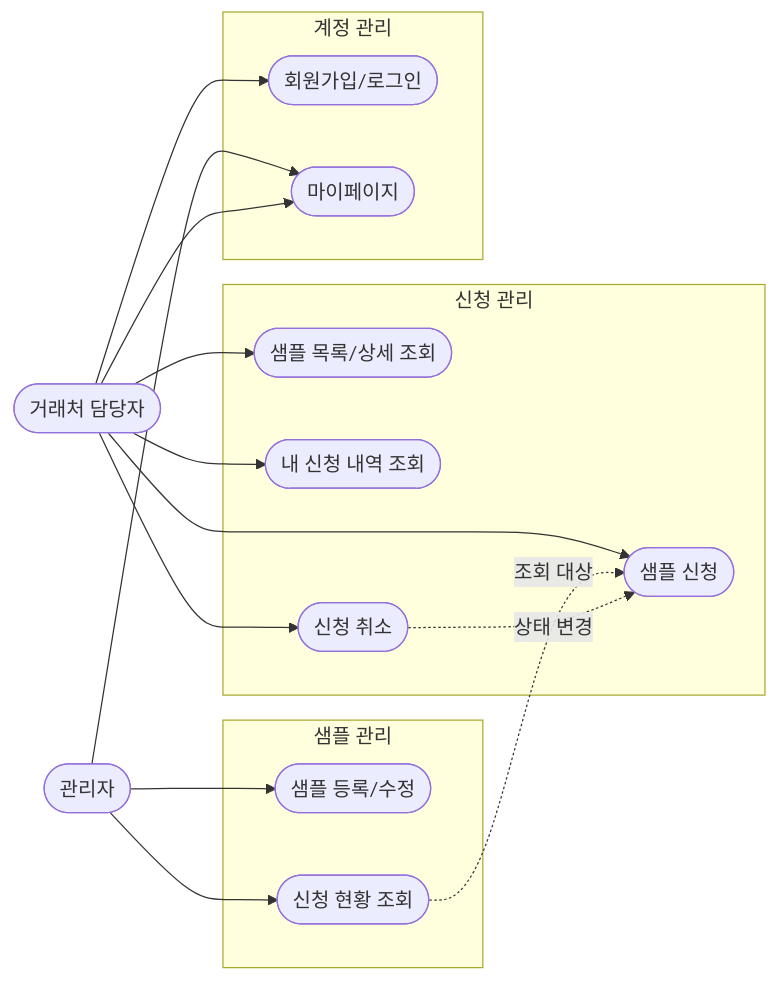
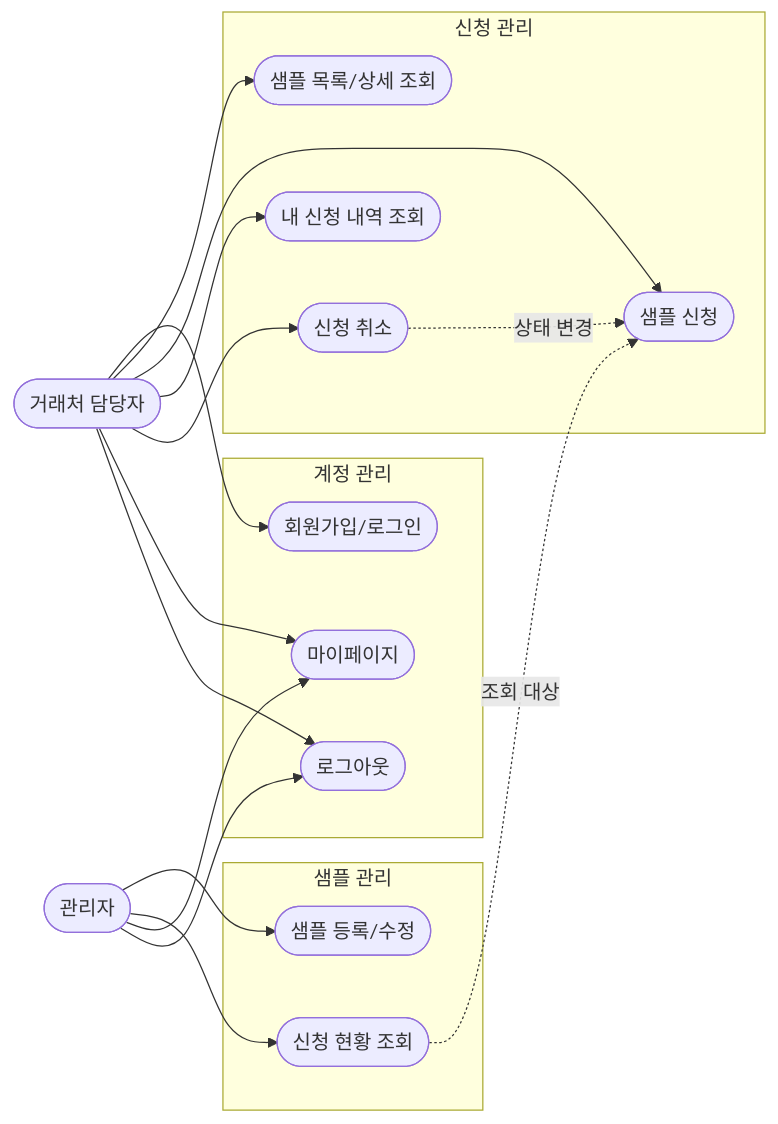
One commit to tyut0823/b2b-promo changed the diagram in docs/2-usecase.md. Above: the diagram before and after it, drawn with Mermaid. The commit also changed other lines of this file and 8 other files, not shown here.

````diff
--- a/docs/2-usecase.md
+++ b/docs/2-usecase.md
@@ -11,36 +12,39 @@
 ```mermaid
 flowchart LR
     Admin(["관리자"])
     Buyer(["거래처 담당자"])
 
     subgraph Sample["샘플 관리"]
         UC1(["샘플 등록/수정"])
         UC2(["신청 현황 조회"])
     end
 
     subgraph Application["신청 관리"]
         UC4(["샘플 목록/상세 조회"])
         UC5(["샘플 신청"])
         UC6(["내 신청 내역 조회"])
         UC7(["신청 취소"])
     end
 
     subgraph User["계정 관리"]
         UC3(["회원가입/로그인"])
         UC8(["마이페이지"])
+        UC9(["로그아웃"])
     end
 
     Admin --> UC1
     Admin --> UC2
     Admin --> UC8
+    Admin --> UC9
 
     Buyer --> UC3
     Buyer --> UC4
     Buyer --> UC5
     Buyer --> UC6
     Buyer --> UC7
     Buyer --> UC8
+    Buyer --> UC9
 
     UC2 -.조회 대상.-> UC5
     UC7 -.상태 변경.-> UC5
 ```
````
